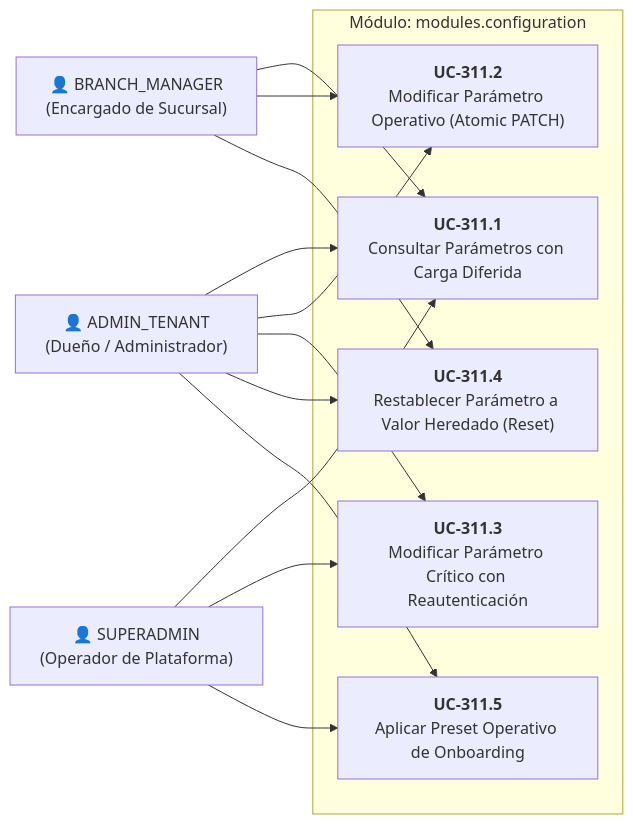
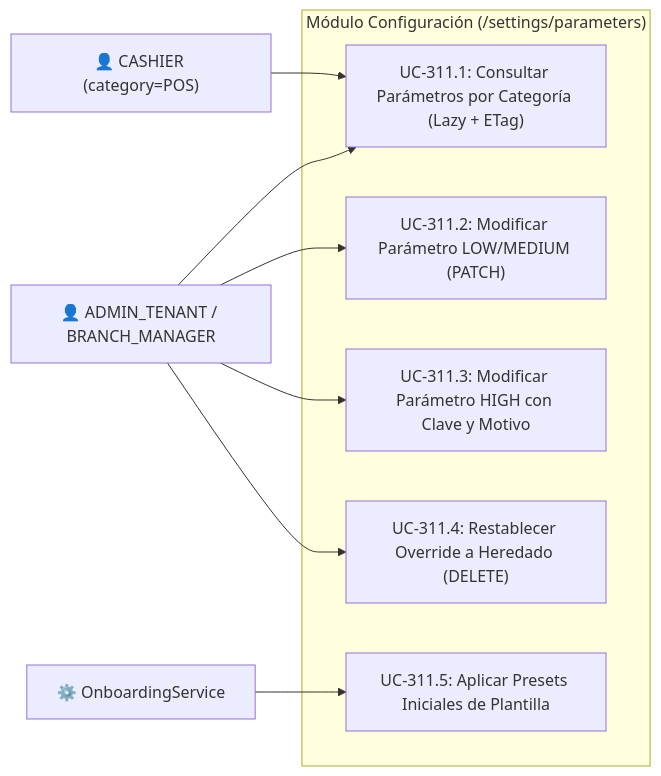
Before and after one commit to vakajose/gestion-restaurante: the diagram in docs/project/architecture/03-use-cases/use_cases_configuration.md, drawn with Mermaid. The commit also changed other lines of this file and 156 other files, not shown here.

````diff
--- a/docs/project/architecture/03-use-cases/use_cases_configuration.md
+++ b/docs/project/architecture/03-use-cases/use_cases_configuration.md
@@ -37,28 +39,21 @@
 ```mermaid
 flowchart LR
-    AT["👤 ADMIN_TENANT<br/>(Dueño / Administrador)"]
-    BM["👤 BRANCH_MANAGER<br/>(Encargado de Sucursal)"]
-    SA["👤 SUPERADMIN<br/>(Operador de Plataforma)"]
+    Admin["👤 ADMIN_TENANT / BRANCH_MANAGER"]
+    Cashier["👤 CASHIER (category=POS)"]
+    Sys["⚙️ OnboardingService"]
 
-    subgraph ModConfig ["Módulo: modules.configuration"]
-        UC1["<b>UC-311.1</b><br/>Consultar Parámetros con Carga Diferida"]
-        UC2["<b>UC-311.2</b><br/>Modificar Parámetro Operativo (Atomic PATCH)"]
-        UC3["<b>UC-311.3</b><br/>Modificar Parámetro Crítico con Reautenticación"]
-        UC4["<b>UC-311.4</b><br/>Restablecer Parámetro a Valor Heredado (Reset)"]
-        UC5["<b>UC-311.5</b><br/>Aplicar Preset Operativo de Onboarding"]
+    subgraph Mod_Config["Módulo Configuración (/settings/parameters)"]
+        UC1["UC-311.1: Consultar Parámetros por Categoría (Lazy + ETag)"]
+        UC2["UC-311.2: Modificar Parámetro LOW/MEDIUM (PATCH)"]
+        UC3["UC-311.3: Modificar Parámetro HIGH con Clave y Motivo"]
+        UC4["UC-311.4: Restablecer Override a Heredado (DELETE)"]
+        UC5["UC-311.5: Aplicar Presets Iniciales de Plantilla"]
     end
 
-    AT --> UC1
-    AT --> UC2
-    AT --> UC3
-    AT --> UC4
-    AT --> UC5
-
-    BM --> UC1
-    BM --> UC2
-    BM --> UC4
-
-    SA --> UC1
-    SA --> UC3
-    SA --> UC5
+    Admin --> UC1
+    Cashier --> UC1
+    Admin --> UC2
+    Admin --> UC3
+    Admin --> UC4
+    Sys --> UC5
 ```
````
